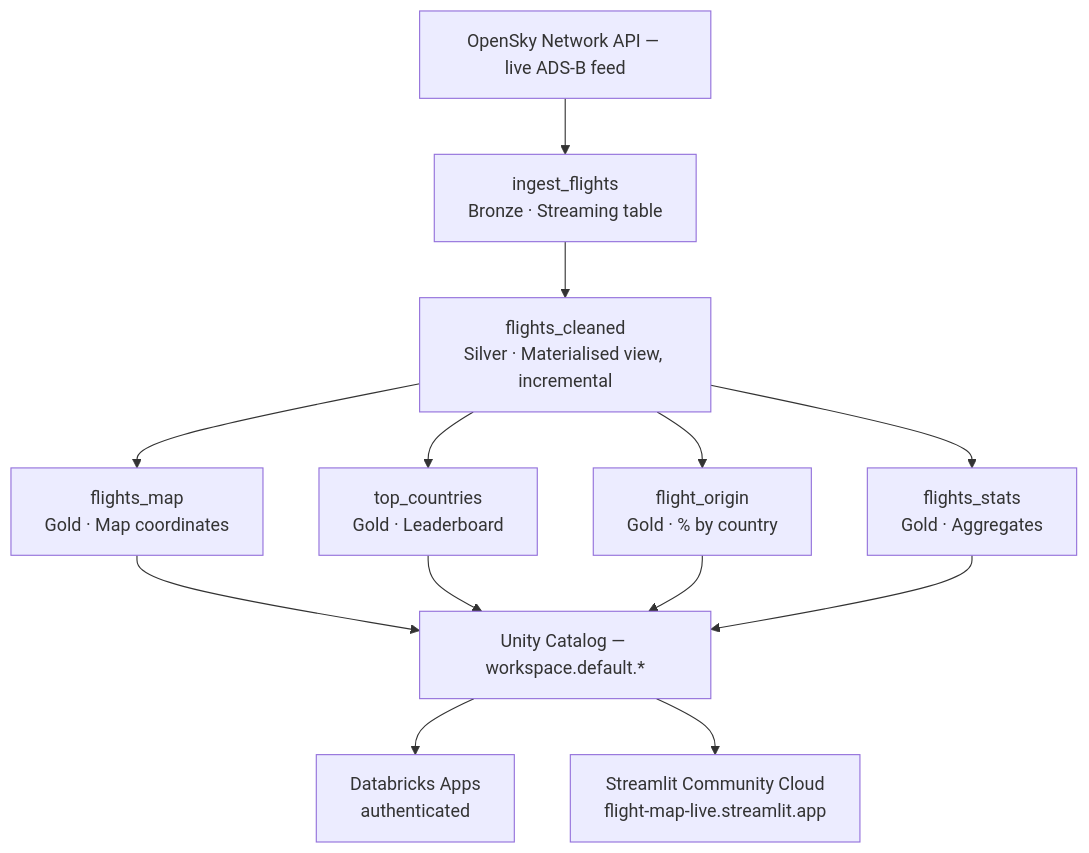
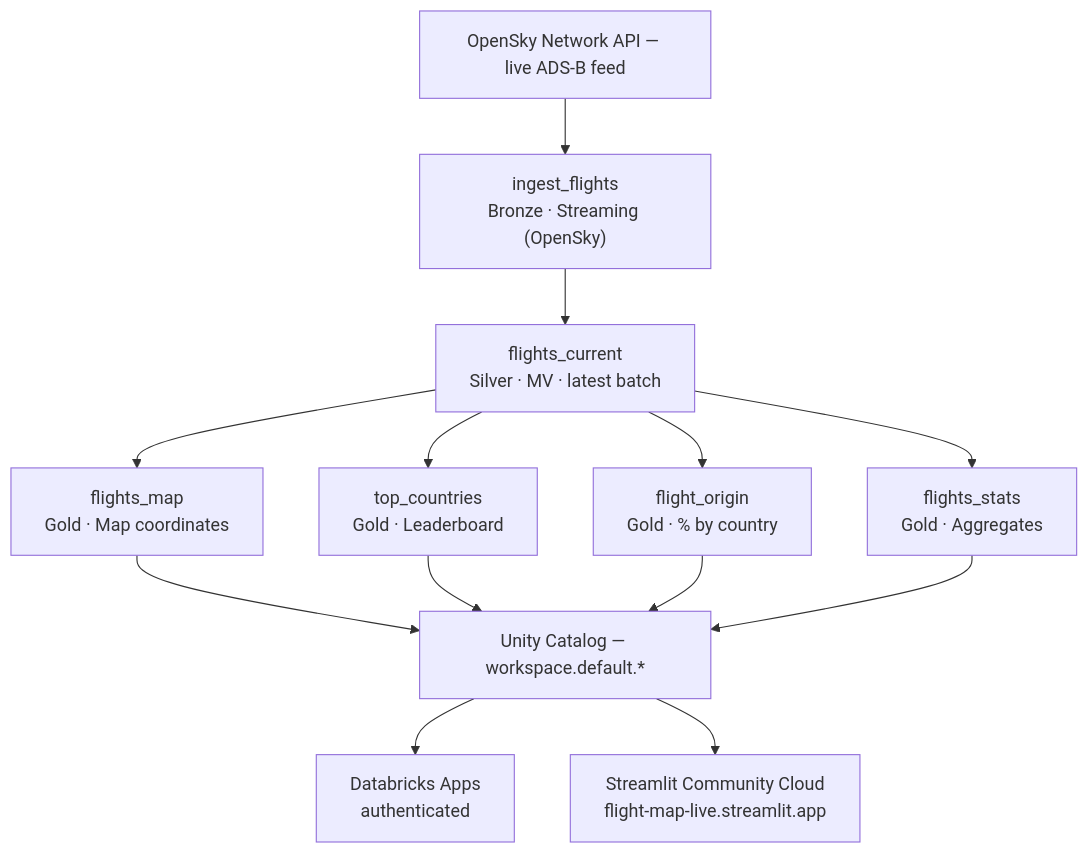
Before and after one commit to misterjgordon/flight-data-pipeline: the diagram in README.md, drawn with Mermaid. The commit also changed other lines of this file and 19 other files, not shown here.

First line of the commit message:
Changed flights_current to a materialized view of the latest snapshot only, improving spead to not parse through appended table of total flights.

````diff
--- a/README.md
+++ b/README.md
@@ -31,23 +31,23 @@
 ```mermaid
 flowchart TD
     OpenSky["OpenSky Network API — live ADS-B feed"]
 
-    ingest["ingest_flights\nBronze · Streaming table"]
-    cleaned["flights_cleaned\nSilver · Materialised view, incremental"]
+    ingest["ingest_flights\nBronze · Streaming (OpenSky)"]
+    current["flights_current\nSilver · MV · latest batch"]
 
     map["flights_map\nGold · Map coordinates"]
     top["top_countries\nGold · Leaderboard"]
     origin["flight_origin\nGold · % by country"]
     stats["flights_stats\nGold · Aggregates"]
 
     uc["Unity Catalog — workspace.default.*"]
 
     app1["Databricks Apps\nauthenticated"]
     app2["Streamlit Community Cloud\nflight-map-live.streamlit.app"]
 
     OpenSky --> ingest
-    ingest --> cleaned
-    cleaned --> map & top & origin & stats
+    ingest --> current
+    current --> map & top & origin & stats
     map & top & origin & stats --> uc
     uc --> app1 & app2
 ```
````
